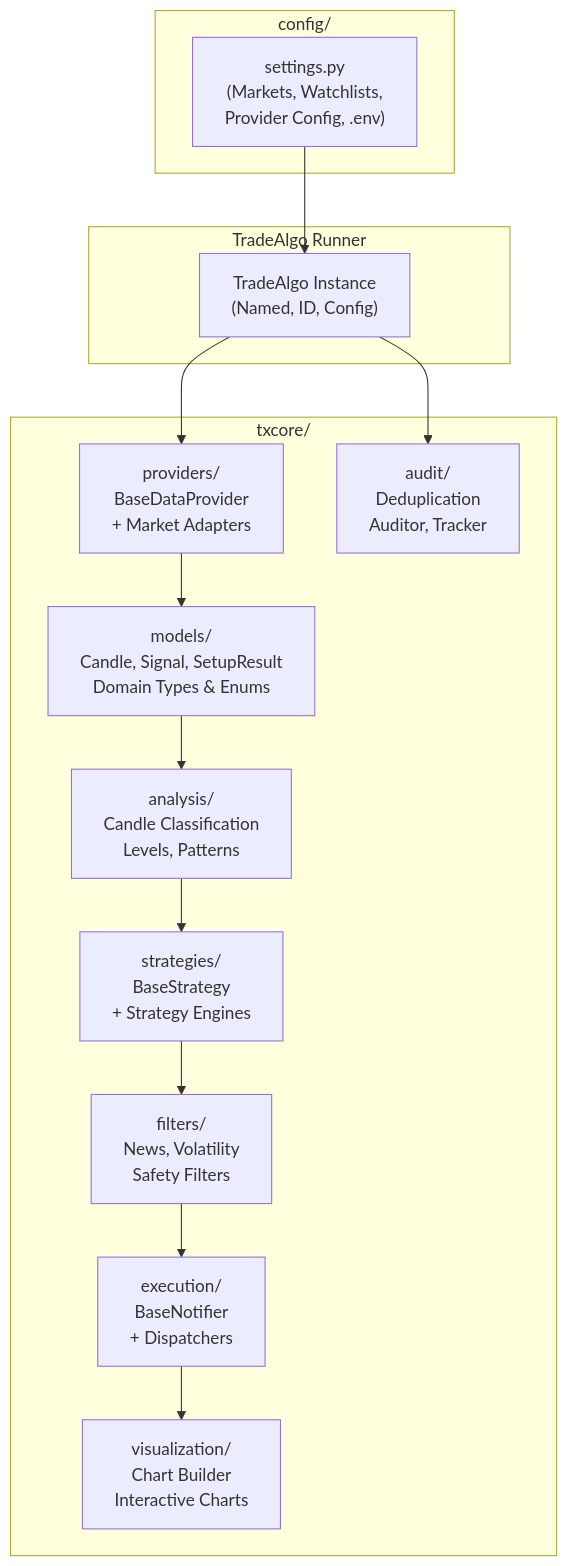
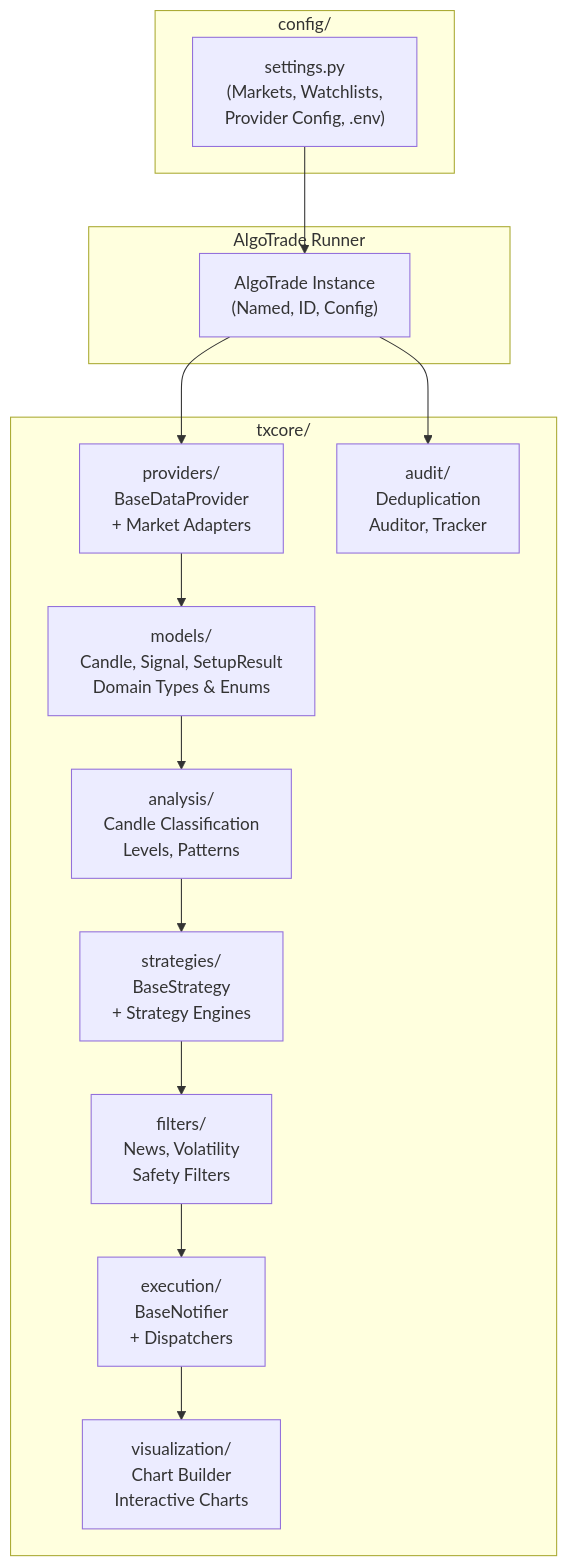
One commit to RajatChouhan18/tradingbot changed the second of 3 diagrams in documentation/TXBOT_REQUIREMENTS_V2.md. Above: the diagram before and after it, drawn with Mermaid. The commit also changed other lines of this file and 180 other files, not shown here.

````diff
--- a/documentation/TXBOT_REQUIREMENTS_V2.md
+++ b/documentation/TXBOT_REQUIREMENTS_V2.md
@@ -34,31 +34,31 @@
 ```mermaid
 flowchart TD
     subgraph CONFIG["config/"]
         S["settings.py\n(Markets, Watchlists,\nProvider Config, .env)"]
     end
 
     subgraph TXCORE["txcore/"]
         P["providers/\nBaseDataProvider\n+ Market Adapters"]
         M["models/\nCandle, Signal, SetupResult\nDomain Types & Enums"]
         AN["analysis/\nCandle Classification\nLevels, Patterns"]
         ST["strategies/\nBaseStrategy\n+ Strategy Engines"]
         F["filters/\nNews, Volatility\nSafety Filters"]
         EX["execution/\nBaseNotifier\n+ Dispatchers"]
         V["visualization/\nChart Builder\nInteractive Charts"]
         AU["audit/\nDeduplication\nAuditor, Tracker"]
     end
 
-    subgraph RUNNER["TradeAlgo Runner"]
-        TA["TradeAlgo Instance\n(Named, ID, Config)"]
+    subgraph RUNNER["AlgoTrade Runner"]
+        TA["AlgoTrade Instance\n(Named, ID, Config)"]
     end
 
     S --> TA
     TA --> P
     P --> M
     M --> AN
     AN --> ST
     ST --> F
     F --> EX
     EX --> V
     TA --> AU
 ```
````
